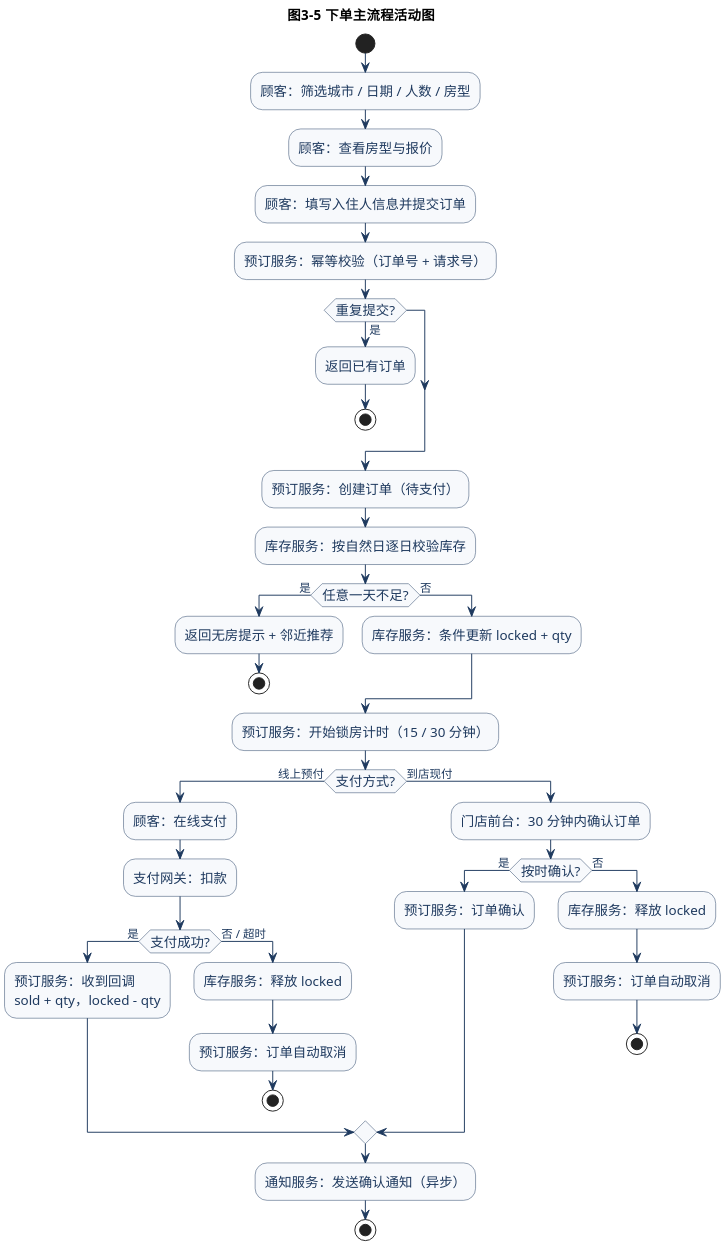
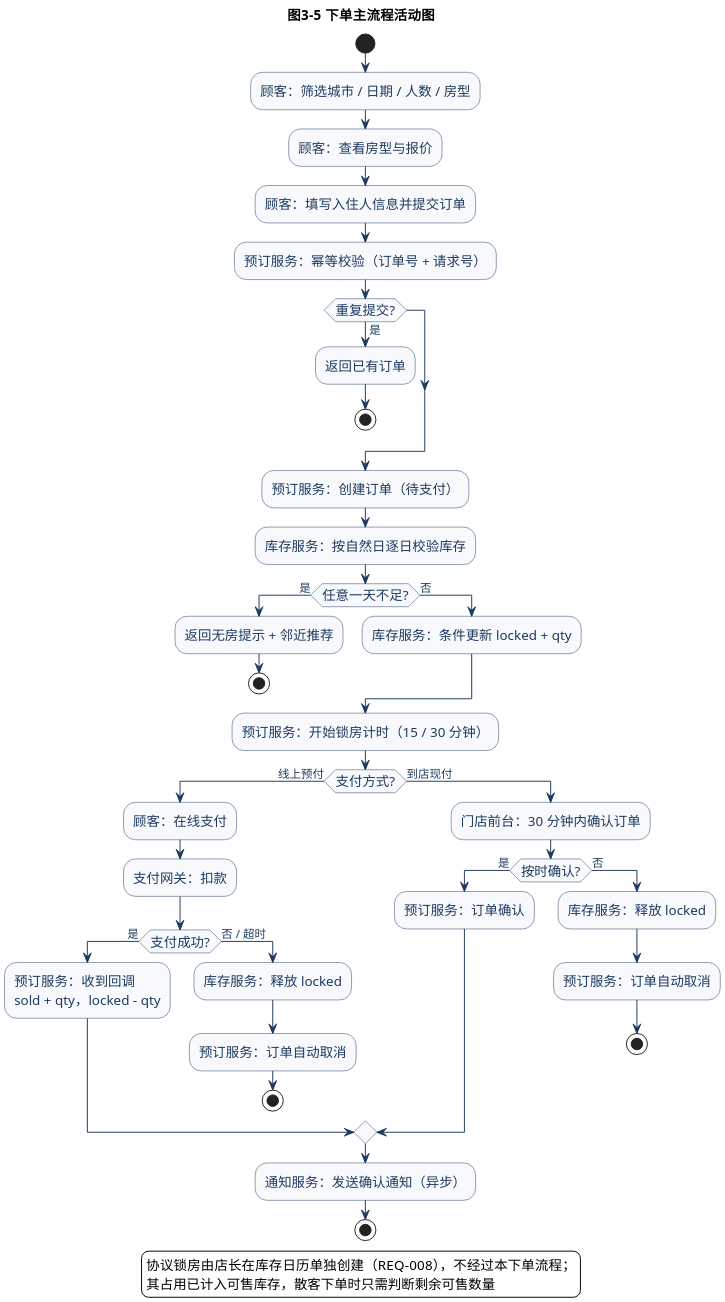
The diagram in lab2/UML/UML活动图.puml (Ash-Klein/hotel-booking-system), drawn with PlantUML before and after one commit. The commit also changed 12 other files, not shown here.

First line of the commit message:
fix(lab2): 统一协议锁房在各图中的口径（REQ-008）

```diff
--- a/lab2/UML/UML活动图.puml
+++ b/lab2/UML/UML活动图.puml
@@ -1,61 +1,66 @@
 @startuml UML活动图
 skinparam defaultFontName "Microsoft YaHei"
 skinparam dpi 200
 skinparam shadowing false
 skinparam backgroundColor #FFFFFF
 skinparam ArrowColor #1F3A5F
 skinparam ArrowFontColor #1F3A5F
 skinparam ArrowFontSize 12
 skinparam activityBorderColor #1F3A5F
 skinparam activityBackgroundColor #F7F9FC
 skinparam activityFontColor #1F3A5F
 skinparam activityFontSize 14
 skinparam noteBackgroundColor #FFF8E1
 skinparam noteBorderColor #C9A227
 skinparam noteFontColor #5D4037
 skinparam nodesep 35
 skinparam ranksep 40
 title 图3-5  下单主流程活动图
 
 start
 :顾客：筛选城市 / 日期 / 人数 / 房型;
 :顾客：查看房型与报价;
 :顾客：填写入住人信息并提交订单;
 :预订服务：幂等校验（订单号 + 请求号）;
 if (重复提交?) then (是)
   :返回已有订单;
   stop
 endif
 :预订服务：创建订单（待支付）;
 :库存服务：按自然日逐日校验库存;
 if (任意一天不足?) then (是)
   :返回无房提示 + 邻近推荐;
   stop
 else (否)
   :库存服务：条件更新 locked + qty;
 endif
 :预订服务：开始锁房计时（15 / 30 分钟）;
 if (支付方式?) then (线上预付)
   :顾客：在线支付;
   :支付网关：扣款;
   if (支付成功?) then (是)
     :预订服务：收到回调\nsold + qty，locked - qty;
   else (否 / 超时)
     :库存服务：释放 locked;
     :预订服务：订单自动取消;
     stop
   endif
 else (到店现付)
   :门店前台：30 分钟内确认订单;
   if (按时确认?) then (是)
     :预订服务：订单确认;
   else (否)
     :库存服务：释放 locked;
     :预订服务：订单自动取消;
     stop
   endif
 endif
 :通知服务：发送确认通知（异步）;
 stop
 
+legend bottom
+  协议锁房由店长在库存日历单独创建（REQ-008），不经过本下单流程；
+  其占用已计入可售库存，散客下单时只需判断剩余可售数量
+endlegend
+
 @enduml
```
